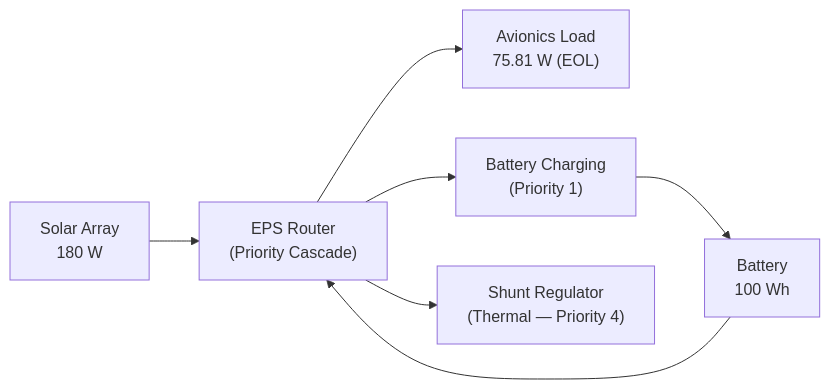
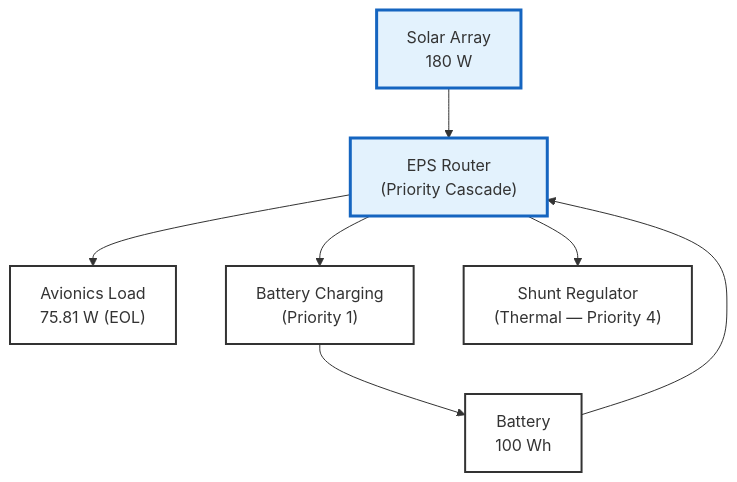
One commit to chetan0021/spacecraft-eps-power-budget changed the fourth of 8 diagrams in README.md. Above: the diagram before and after it, drawn with Mermaid. The commit also changed other lines of this file, not shown here.

Commit message:
docs: improve diagram readability and add spacecraft architecture outline

````diff
--- a/README.md
+++ b/README.md
@@ -124,16 +178,23 @@
 ```mermaid
-flowchart LR
-    SolarArray["Solar Array\n180 W"]
-    EPS["EPS Router\n(Priority Cascade)"]
-    AvionicsLoad["Avionics Load\n75.81 W (EOL)"]
-    BatteryCharging["Battery Charging\n(Priority 1)"]
-    ShuntRegulator["Shunt Regulator\n(Thermal — Priority 4)"]
-    Battery["Battery\n100 Wh"]
+flowchart TD
+    %% Styling
+    classDef default font-family:Inter,font-size:16px,color:#333,stroke-width:2px;
+    classDef nodeStyle fill:#ffffff,stroke:#333,stroke-width:2px;
+    classDef highlight fill:#e3f2fd,stroke:#1565c0,stroke-width:3px;
+
+    SolarArray["Solar Array\n180 W"]:::highlight
+    EPS["EPS Router\n(Priority Cascade)"]:::highlight
+    
+    AvionicsLoad["Avionics Load\n75.81 W (EOL)"]:::nodeStyle
+    BatteryCharging["Battery Charging\n(Priority 1)"]:::nodeStyle
+    ShuntRegulator["Shunt Regulator\n(Thermal — Priority 4)"]:::nodeStyle
+    
+    Battery["Battery\n100 Wh"]:::nodeStyle
 
     SolarArray --> EPS
     EPS --> AvionicsLoad
     EPS --> BatteryCharging
     EPS --> ShuntRegulator
     BatteryCharging --> Battery
     Battery --> EPS
 ```
````
